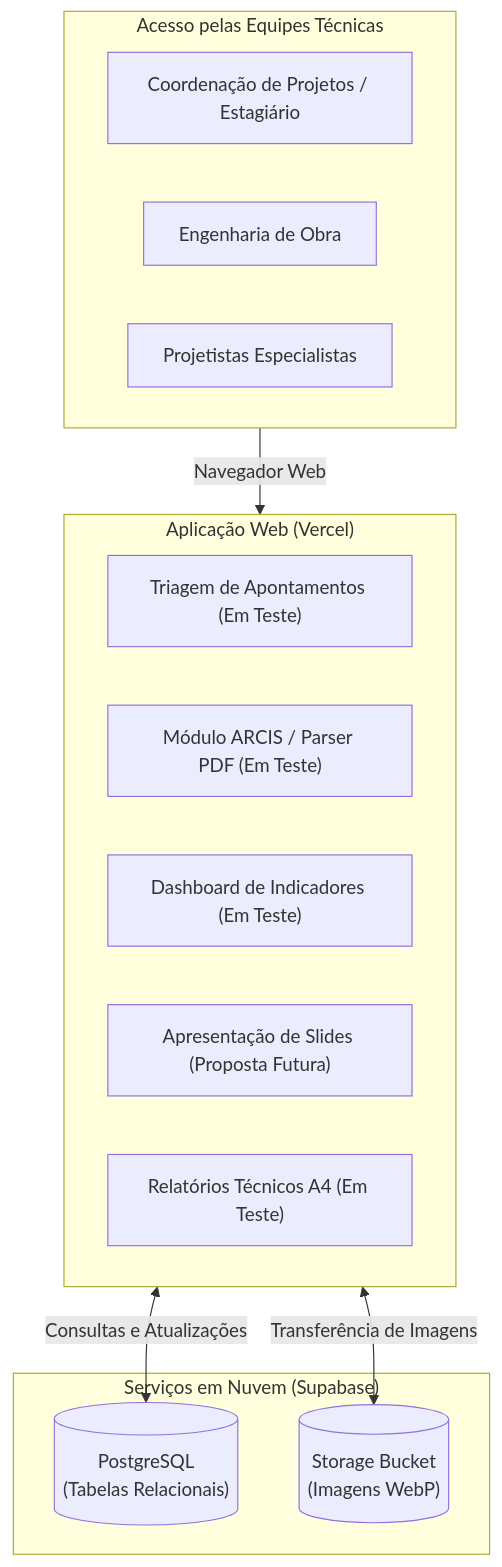
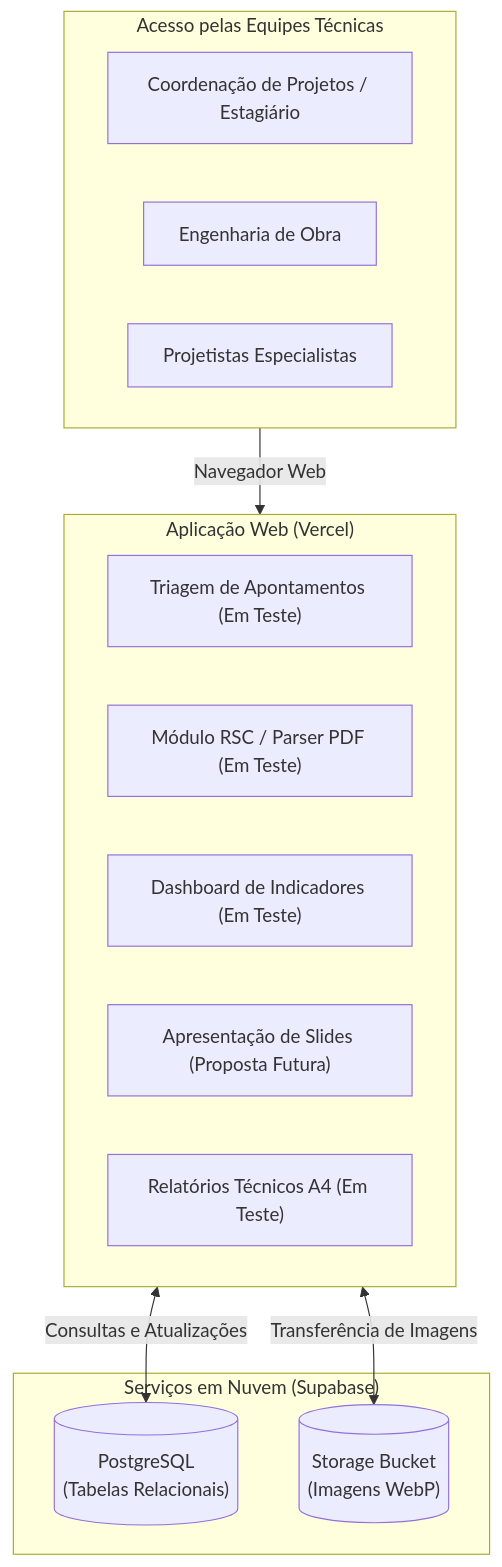
One commit to Arthur1510/Gest-oApontamentos changed the diagram in RELATORIO_ESTAGIO_CAPITULO_3.md. Above: the diagram before and after it, drawn with Mermaid. The commit also changed other lines of this file and 21 other files, not shown here.

````diff
--- a/RELATORIO_ESTAGIO_CAPITULO_3.md
+++ b/RELATORIO_ESTAGIO_CAPITULO_3.md
@@ -37,25 +37,25 @@
 ```mermaid
 flowchart TD
     subgraph Usuarios ["Acesso pelas Equipes Técnicas"]
         U1["Coordenação de Projetos / Estagiário"]
         U2["Engenharia de Obra"]
         U3["Projetistas Especialistas"]
     end
 
     subgraph Aplicacao ["Aplicação Web (Vercel)"]
         F1["Triagem de Apontamentos (Em Teste)"]
-        F2["Módulo ARCIS / Parser PDF (Em Teste)"]
+        F2["Módulo RSC / Parser PDF (Em Teste)"]
         F3["Dashboard de Indicadores (Em Teste)"]
         F4["Apresentação de Slides (Proposta Futura)"]
         F5["Relatórios Técnicos A4 (Em Teste)"]
     end
 
     subgraph Nuvem ["Serviços em Nuvem (Supabase)"]
         DB[("PostgreSQL\n(Tabelas Relacionais)")]
         ST[("Storage Bucket\n(Imagens WebP)")]
     end
 
     Usuarios -->|Navegador Web| Aplicacao
     Aplicacao <-->|Consultas e Atualizações| DB
     Aplicacao <-->|Transferência de Imagens| ST
 ```
````
